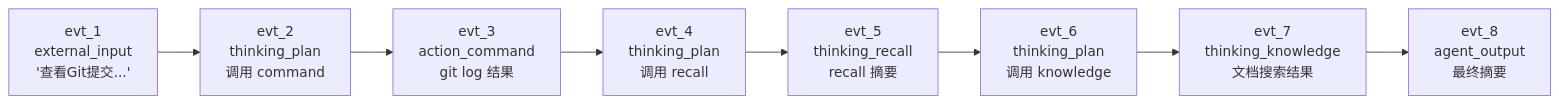
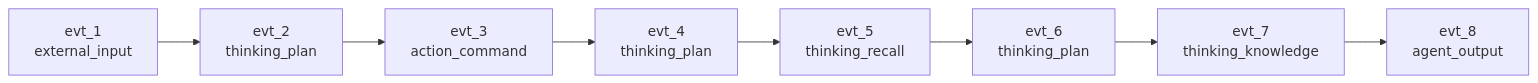
The ninth of 9 diagrams in README.md (SpellingDragon/tagent), drawn with Mermaid before and after one commit. The commit also changed other lines of this file and 320 other files, not shown here.

````diff
--- a/README.md
+++ b/README.md
@@ -428,10 +369,10 @@
 ```mermaid
 graph LR
-    E1["evt_1<br/>external_input<br/>'查看Git提交...'"] --> E2["evt_2<br/>thinking_plan<br/>调用 command"]
-    E2 --> E3["evt_3<br/>action_command<br/>git log 结果"]
-    E3 --> E4["evt_4<br/>thinking_plan<br/>调用 recall"]
-    E4 --> E5["evt_5<br/>thinking_recall<br/>recall 摘要"]
-    E5 --> E6["evt_6<br/>thinking_plan<br/>调用 knowledge"]
-    E6 --> E7["evt_7<br/>thinking_knowledge<br/>文档搜索结果"]
-    E7 --> E8["evt_8<br/>agent_output<br/>最终摘要"]
+    E1["evt_1<br/>external_input"] --> E2["evt_2<br/>thinking_plan"]
+    E2 --> E3["evt_3<br/>action_command"]
+    E3 --> E4["evt_4<br/>thinking_plan"]
+    E4 --> E5["evt_5<br/>thinking_recall"]
+    E5 --> E6["evt_6<br/>thinking_plan"]
+    E6 --> E7["evt_7<br/>thinking_knowledge"]
+    E7 --> E8["evt_8<br/>agent_output"]
 ```
````
